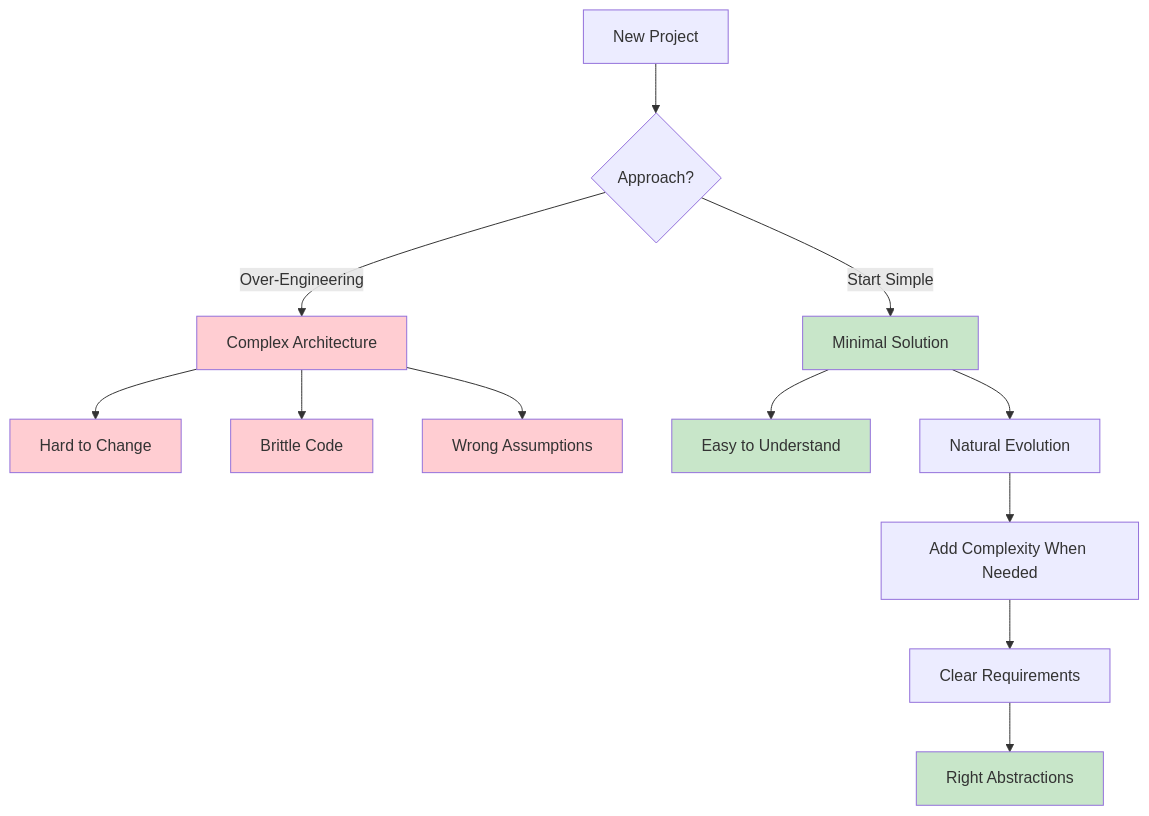
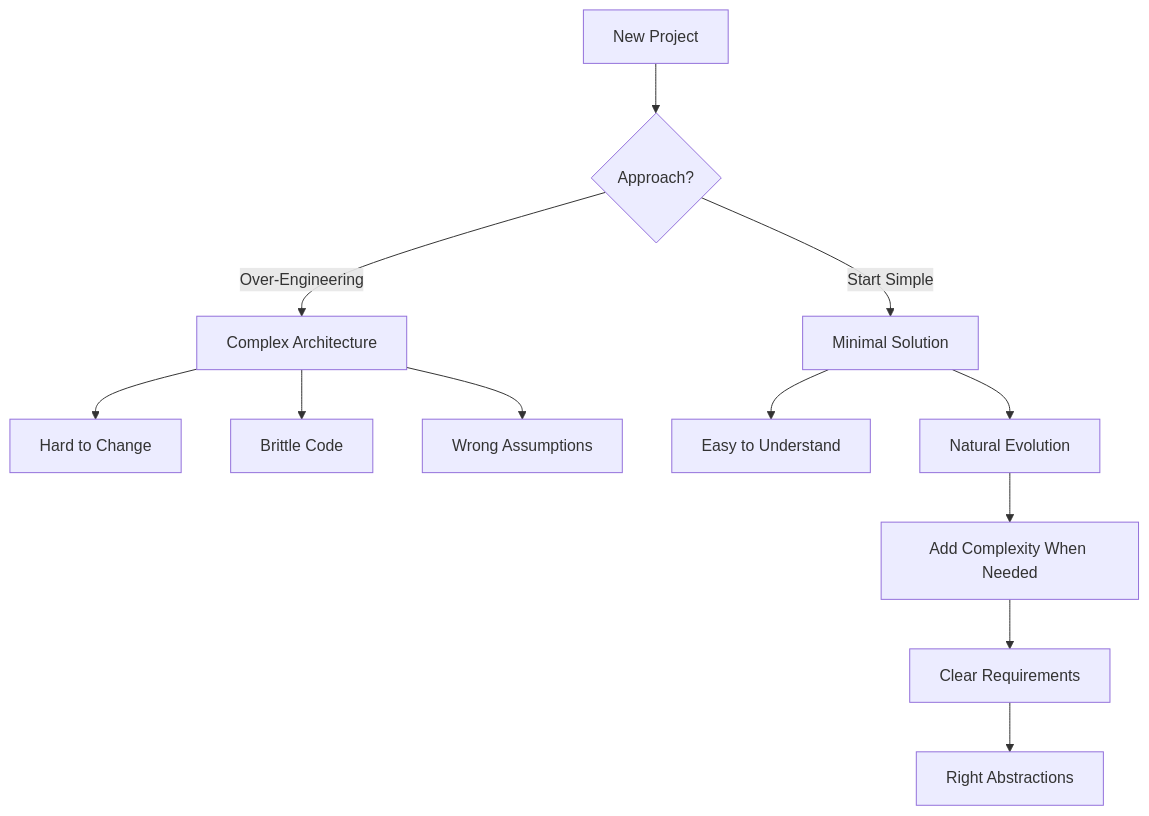
One commit to shapkarin/shapkarin.me changed the diagram in public/api/articles/design.md. Above: the diagram before and after it, drawn with Mermaid. The commit also changed other lines of this file and 67 other files, not shown here.

````diff
--- a/public/api/articles/design.md
+++ b/public/api/articles/design.md
@@ -24,24 +28,16 @@
 ```mermaid
 graph TD
     A[New Project] --> B{Approach?}
     B -->|Over-Engineering| C[Complex Architecture]
     B -->|Start Simple| D[Minimal Solution]
     
     C --> E[Hard to Change]
     C --> F[Brittle Code]
     C --> G[Wrong Assumptions]
     
     D --> H[Easy to Understand]
     D --> I[Natural Evolution]
     I --> J[Add Complexity When Needed]
     J --> K[Clear Requirements]
     K --> L[Right Abstractions]
-    
-    style C fill:#ffcdd2
-    style E fill:#ffcdd2
-    style F fill:#ffcdd2
-    style G fill:#ffcdd2
-    style D fill:#c8e6c9
-    style H fill:#c8e6c9
-    style L fill:#c8e6c9
 ```
````
